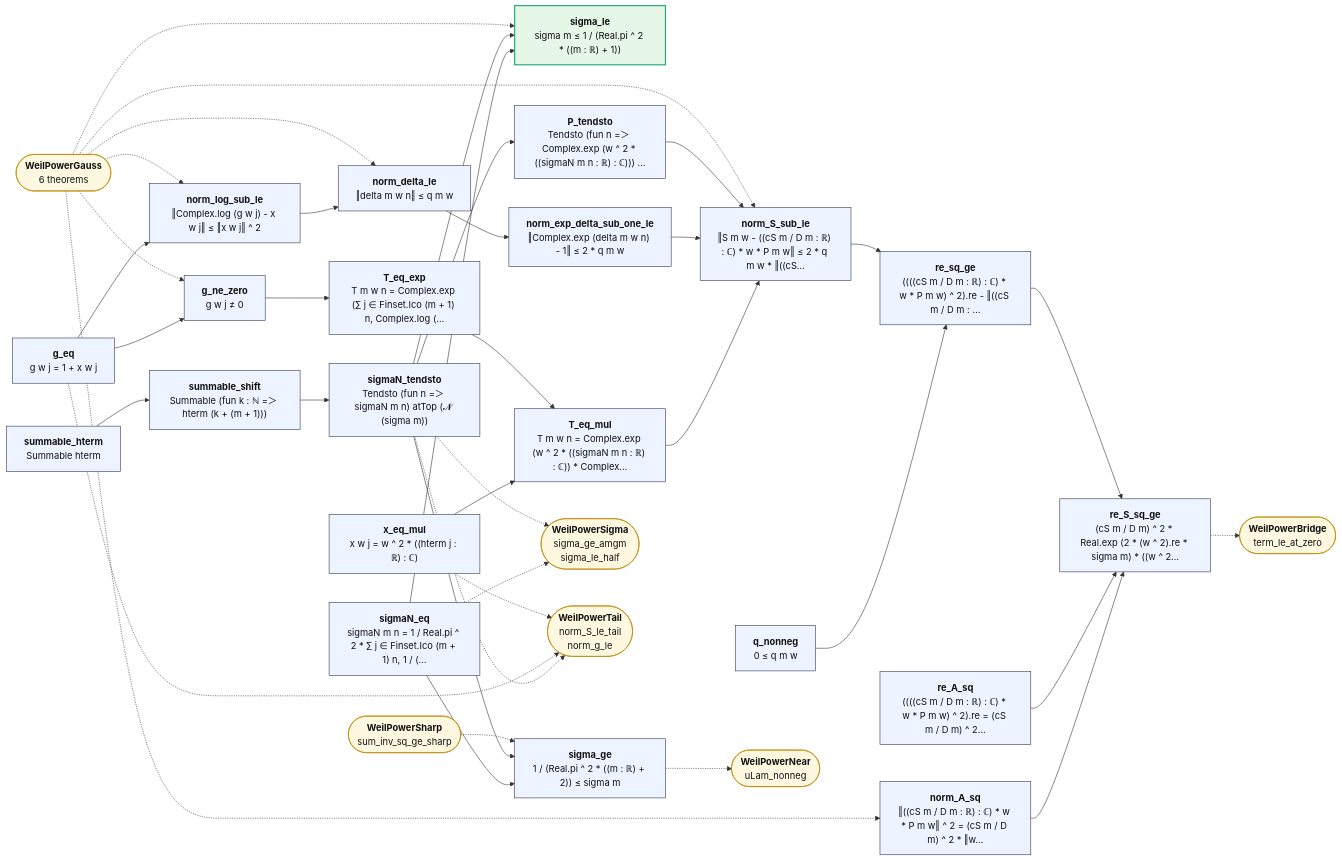
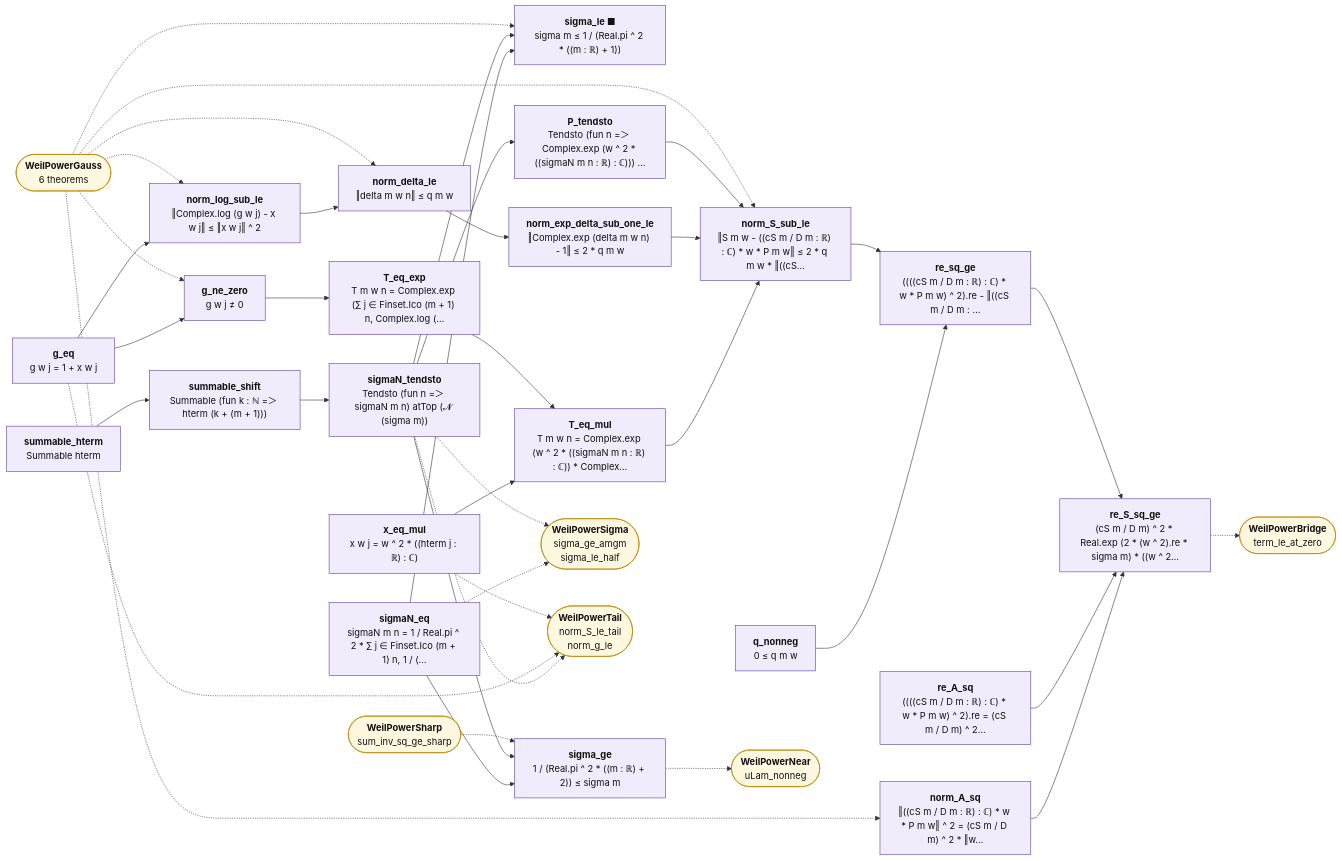
Before and after one commit to juliansambranojr/Primebeat_081426: the diagram in map/lean_stage3/WeilPowerPhase.md, drawn with Mermaid. The commit also changed other lines of this file and 398 other files, not shown here.

````diff
--- a/map/lean_stage3/WeilPowerPhase.md
+++ b/map/lean_stage3/WeilPowerPhase.md
@@ -12,71 +12,74 @@
 ```mermaid
 flowchart LR
-  n0["<b>summable_hterm</b><br/>Summable hterm"]:::thm
-  n1["<b>summable_shift</b><br/>Summable (fun k : ℕ =＞ hterm (k + (m + 1)))"]:::thm
-  n2["<b>sigmaN_eq</b><br/>sigmaN m n = 1 / Real.pi ^ 2 * ∑ j ∈ Finset.Ico (m + 1) n, 1 / (…"]:::thm
-  n3["<b>sigmaN_tendsto</b><br/>Tendsto (fun n =＞ sigmaN m n) atTop (𝓝 (sigma m))"]:::thm
-  n4["<b>sigma_le</b><br/>sigma m ≤ 1 / (Real.pi ^ 2 * ((m : ℝ) + 1))"]:::end_
-  n5["<b>sigma_ge</b><br/>1 / (Real.pi ^ 2 * ((m : ℝ) + 2)) ≤ sigma m"]:::thm
-  n6["<b>g_eq</b><br/>g w j = 1 + x w j"]:::thm
-  n7["<b>x_eq_mul</b><br/>x w j = w ^ 2 * ((hterm j : ℝ) : ℂ)"]:::thm
-  n8["<b>g_ne_zero</b><br/>g w j ≠ 0"]:::thm
-  n9["<b>T_eq_exp</b><br/>T m w n = Complex.exp (∑ j ∈ Finset.Ico (m + 1) n, Complex.log (…"]:::thm
-  n10["<b>norm_log_sub_le</b><br/>‖Complex.log (g w j) - x w j‖ ≤ ‖x w j‖ ^ 2"]:::thm
-  n11["<b>q_nonneg</b><br/>0 ≤ q m w"]:::thm
-  n12["<b>norm_delta_le</b><br/>‖delta m w n‖ ≤ q m w"]:::thm
-  n13["<b>T_eq_mul</b><br/>T m w n = Complex.exp (w ^ 2 * ((sigmaN m n : ℝ) : ℂ)) * Complex…"]:::thm
-  n14["<b>norm_exp_delta_sub_one_le</b><br/>‖Complex.exp (delta m w n) - 1‖ ≤ 2 * q m w"]:::thm
-  n15["<b>P_tendsto</b><br/>Tendsto (fun n =＞ Complex.exp (w ^ 2 * ((sigmaN m n : ℝ) : ℂ))) …"]:::thm
-  n16["<b>norm_S_sub_le</b><br/>‖S m w - ((cS m / D m : ℝ) : ℂ) * w * P m w‖ ≤ 2 * q m w * ‖((cS…"]:::thm
-  n17["<b>norm_A_sq</b><br/>‖((cS m / D m : ℝ) : ℂ) * w * P m w‖ ^ 2 = (cS m / D m) ^ 2 * ‖w…"]:::thm
-  n18["<b>re_A_sq</b><br/>((((cS m / D m : ℝ) : ℂ) * w * P m w) ^ 2).re = (cS m / D m) ^ 2…"]:::thm
-  n19["<b>re_sq_ge</b><br/>((((cS m / D m : ℝ) : ℂ) * w * P m w) ^ 2).re - ‖((cS m / D m : …"]:::thm
-  n20["<b>re_S_sq_ge</b><br/>(cS m / D m) ^ 2 * Real.exp (2 * (w ^ 2).re * sigma m) * ((w ^ 2…"]:::thm
+  n0["<b>summable_hterm</b><br/>Summable hterm"]:::shp
+  n1["<b>summable_shift</b><br/>Summable (fun k : ℕ =＞ hterm (k + (m + 1)))"]:::shp
+  n2["<b>sigmaN_eq</b><br/>sigmaN m n = 1 / Real.pi ^ 2 * ∑ j ∈ Finset.Ico (m + 1) n, 1 / (…"]:::shp
+  n3["<b>sigmaN_tendsto</b><br/>Tendsto (fun n =＞ sigmaN m n) atTop (𝓝 (sigma m))"]:::shp
+  n4["<b>sigma_le ■</b><br/>sigma m ≤ 1 / (Real.pi ^ 2 * ((m : ℝ) + 1))"]:::shp
+  n5["<b>sigma_ge</b><br/>1 / (Real.pi ^ 2 * ((m : ℝ) + 2)) ≤ sigma m"]:::shp
+  n6["<b>g_eq</b><br/>g w j = 1 + x w j"]:::shp
+  n7["<b>x_eq_mul</b><br/>x w j = w ^ 2 * ((hterm j : ℝ) : ℂ)"]:::shp
+  n8["<b>g_ne_zero</b><br/>g w j ≠ 0"]:::shp
+  n9["<b>T_eq_exp</b><br/>T m w n = Complex.exp (∑ j ∈ Finset.Ico (m + 1) n, Complex.log (…"]:::shp
+  n10["<b>norm_log_sub_le</b><br/>‖Complex.log (g w j) - x w j‖ ≤ ‖x w j‖ ^ 2"]:::shp
+  n11["<b>q_nonneg</b><br/>0 ≤ q m w"]:::shp
+  n12["<b>norm_delta_le</b><br/>‖delta m w n‖ ≤ q m w"]:::shp
+  n13["<b>T_eq_mul</b><br/>T m w n = Complex.exp (w ^ 2 * ((sigmaN m n : ℝ) : ℂ)) * Complex…"]:::shp
+  n14["<b>norm_exp_delta_sub_one_le</b><br/>‖Complex.exp (delta m w n) - 1‖ ≤ 2 * q m w"]:::shp
+  n15["<b>P_tendsto</b><br/>Tendsto (fun n =＞ Complex.exp (w ^ 2 * ((sigmaN m n : ℝ) : ℂ))) …"]:::shp
+  n16["<b>norm_S_sub_le</b><br/>‖S m w - ((cS m / D m : ℝ) : ℂ) * w * P m w‖ ≤ 2 * q m w * ‖((cS…"]:::shp
+  n17["<b>norm_A_sq</b><br/>‖((cS m / D m : ℝ) : ℂ) * w * P m w‖ ^ 2 = (cS m / D m) ^ 2 * ‖w…"]:::shp
+  n18["<b>re_A_sq</b><br/>((((cS m / D m : ℝ) : ℂ) * w * P m w) ^ 2).re = (cS m / D m) ^ 2…"]:::shp
+  n19["<b>re_sq_ge</b><br/>((((cS m / D m : ℝ) : ℂ) * w * P m w) ^ 2).re - ‖((cS m / D m : …"]:::shp
+  n20["<b>re_S_sq_ge</b><br/>(cS m / D m) ^ 2 * Real.exp (2 * (w ^ 2).re * sigma m) * ((w ^ 2…"]:::shp
   x0(["<b>WeilPowerSigma</b><br/>sigma_ge_amgm<br/>sigma_le_half"]):::ext
   x1(["<b>WeilPowerTail</b><br/>norm_S_le_tail<br/>norm_g_le"]):::ext
   x2(["<b>WeilPowerGauss</b><br/>6 theorems"]):::ext
   x3(["<b>WeilPowerSharp</b><br/>sum_inv_sq_ge_sharp"]):::ext
   x4(["<b>WeilPowerNear</b><br/>uLam_nonneg"]):::ext
   x5(["<b>WeilPowerBridge</b><br/>term_le_at_zero"]):::ext
   n0 --> n1
   n1 --> n3
   n10 --> n12
   n11 --> n19
   n12 --> n14
   n13 --> n16
   n14 --> n16
   n15 --> n16
   n16 --> n19
   n17 --> n20
   n18 --> n20
   n19 --> n20
   n2 --> n4
   n2 --> n5
   n3 --> n15
   n3 --> n4
   n3 --> n5
   n6 --> n10
   n6 --> n8
   n7 --> n13
   n8 --> n9
   n9 --> n13
   n2 -.-> x0
   n20 -.-> x5
   n3 -.-> x0
   n3 -.-> x1
   n5 -.-> x4
   n6 -.-> x1
   n7 -.-> x1
   x2 -.-> n10
   x2 -.-> n12
   x2 -.-> n16
   x2 -.-> n17
   x2 -.-> n4
   x2 -.-> n8
   x3 -.-> n5
+  classDef cnt fill:#dff5ec,stroke:#17694a,color:#111
+  classDef shp fill:#f1ecfb,stroke:#5b3fa0,color:#111
+  classDef rh fill:#ffe5e5,stroke:#c22,color:#111,stroke-width:2px
   classDef thm fill:#eef4ff,stroke:#335,color:#111
   classDef end_ fill:#e7f7e7,stroke:#2a7,color:#111,stroke-width:2px
   classDef lone fill:#fff,stroke:#999,color:#111,stroke-dasharray:4 3
   classDef bad fill:#ffe5e5,stroke:#c22,color:#111,stroke-width:2px
   classDef ext fill:#fff8e1,stroke:#b80,color:#111
 ```
````
